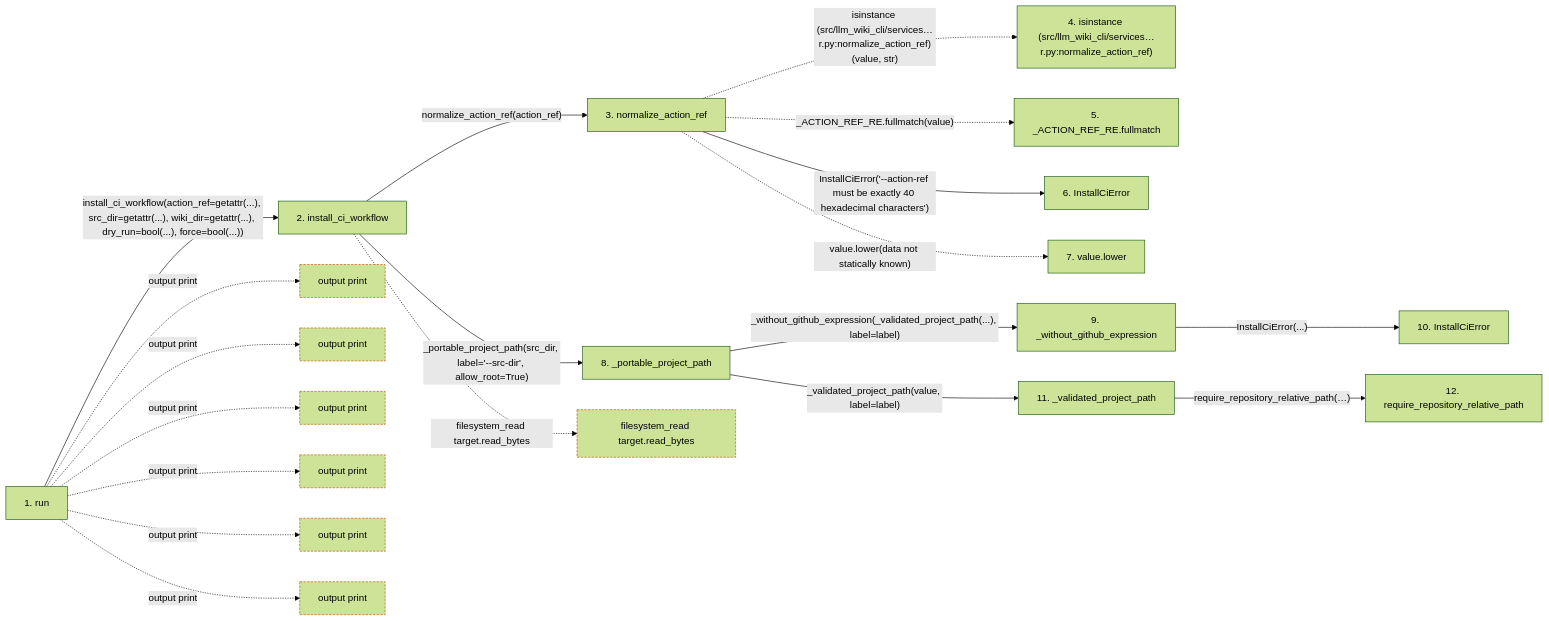
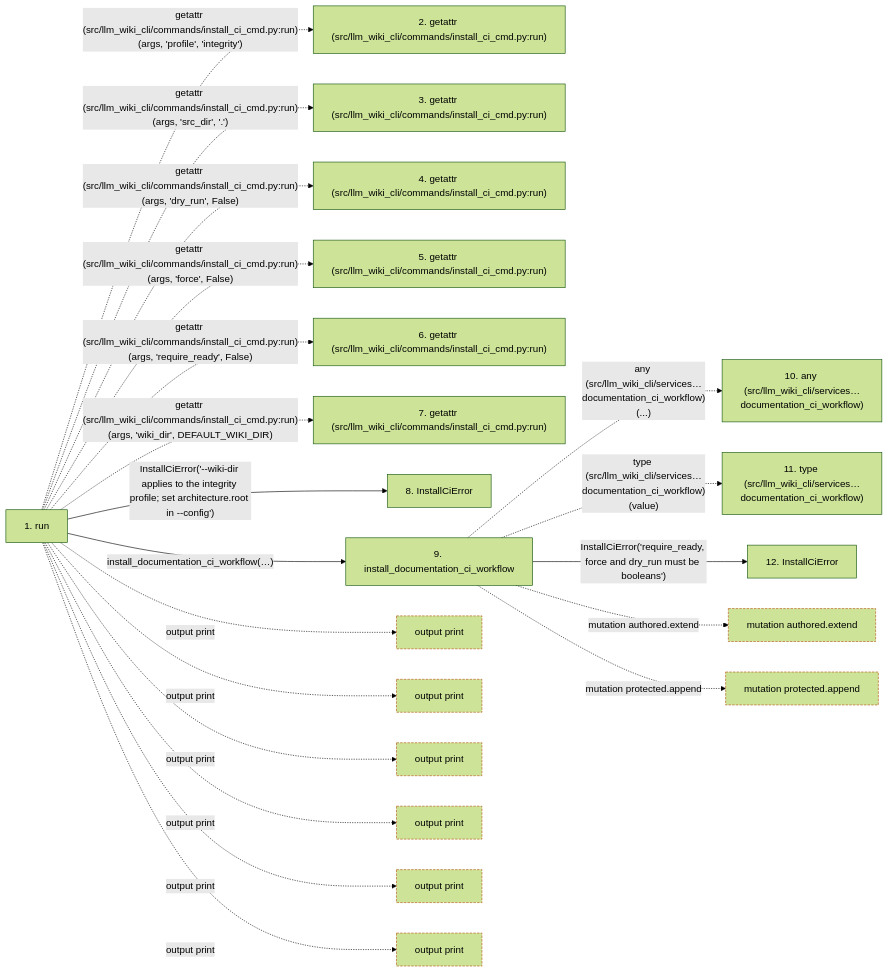
The second of 2 diagrams in docs/llm_wiki/flows/api-run-install_ci_cmd.md (Denissvgn/python-wiki-llm), drawn with Mermaid (forest theme) before and after one commit. The commit also changed other lines of this file and 369 other files, not shown here.

Commit message:
feat: install a read-only GitHub wiki candidate workflow

````diff
--- a/docs/llm_wiki/flows/api-run-install_ci_cmd.md
+++ b/docs/llm_wiki/flows/api-run-install_ci_cmd.md
@@ -148,57 +151,55 @@
 ```mermaid
 flowchart LR
     s1["1. run"]
-    s2["2. install_ci_workflow"]
-    s3["3. normalize_action_ref"]
-    s4["4. isinstance (src/llm_wiki_cli/services…r.py:normalize_action_ref)"]
-    s5["5. _ACTION_REF_RE.fullmatch"]
-    s6["6. InstallCiError"]
-    s7["7. value.lower"]
-    s8["8. _portable_project_path"]
-    s9["9. _without_github_expression"]
-    s10["10. InstallCiError"]
-    s11["11. _validated_project_path"]
-    s12["12. require_repository_relative_path"]
-    s1 -->|"install_ci_workflow(action_ref=getattr(...), src_dir=getattr(...), wiki_dir=getattr(...), dry_run=bool(...), force=bool(...))"| s2
-    s2 -->|"normalize_action_ref(action_ref)"| s3
-    s3 -. "isinstance (src/llm_wiki_cli/services…r.py:normalize_action_ref)(value, str)" .-> s4
-    s3 -. "_ACTION_REF_RE.fullmatch(value)" .-> s5
-    s3 -->|"InstallCiError('--action-ref must be exactly 40 hexadecimal characters')"| s6
-    s3 -. "value.lower(data not statically known)" .-> s7
-    s2 -->|"_portable_project_path(src_dir, label='--src-dir', allow_root=True)"| s8
-    s8 -->|"_without_github_expression(_validated_project_path(...), label=label)"| s9
-    s9 -->|"InstallCiError(...)"| s10
-    s8 -->|"_validated_project_path(value, label=label)"| s11
-    s11 -->|"require_repository_relative_path(…)"| s12
+    s2["2. getattr (src/llm_wiki_cli/commands/install_ci_cmd.py:run)"]
+    s3["3. getattr (src/llm_wiki_cli/commands/install_ci_cmd.py:run)"]
+    s4["4. getattr (src/llm_wiki_cli/commands/install_ci_cmd.py:run)"]
+    s5["5. getattr (src/llm_wiki_cli/commands/install_ci_cmd.py:run)"]
+    s6["6. getattr (src/llm_wiki_cli/commands/install_ci_cmd.py:run)"]
+    s7["7. getattr (src/llm_wiki_cli/commands/install_ci_cmd.py:run)"]
+    s8["8. InstallCiError"]
+    s9["9. install_documentation_ci_workflow"]
+    s10["10. any (src/llm_wiki_cli/services…documentation_ci_workflow)"]
+    s11["11. type (src/llm_wiki_cli/services…documentation_ci_workflow)"]
+    s12["12. InstallCiError"]
+    s1 -. "getattr (src/llm_wiki_cli/commands/install_ci_cmd.py:run)(args, 'profile', 'integrity')" .-> s2
+    s1 -. "getattr (src/llm_wiki_cli/commands/install_ci_cmd.py:run)(args, 'src_dir', '.')" .-> s3
+    s1 -. "getattr (src/llm_wiki_cli/commands/install_ci_cmd.py:run)(args, 'dry_run', False)" .-> s4
+    s1 -. "getattr (src/llm_wiki_cli/commands/install_ci_cmd.py:run)(args, 'force', False)" .-> s5
+    s1 -. "getattr (src/llm_wiki_cli/commands/install_ci_cmd.py:run)(args, 'require_ready', False)" .-> s6
+    s1 -. "getattr (src/llm_wiki_cli/commands/install_ci_cmd.py:run)(args, 'wiki_dir', DEFAULT_WIKI_DIR)" .-> s7
+    s1 -->|"InstallCiError('--wiki-dir applies to the integrity profile; set architecture.root in --config')"| s8
+    s1 -->|"install_documentation_ci_workflow(…)"| s9
+    s9 -. "any (src/llm_wiki_cli/services…documentation_ci_workflow)(...)" .-> s10
+    s9 -. "type (src/llm_wiki_cli/services…documentation_ci_workflow)(value)" .-> s11
+    s9 -->|"InstallCiError('require_ready, force and dry_run must be booleans')"| s12
     b0["output print"]
     s1 -. "output print" .-> b0
     b1["output print"]
     s1 -. "output print" .-> b1
     b2["output print"]
     s1 -. "output print" .-> b2
     b3["output print"]
     s1 -. "output print" .-> b3
     b4["output print"]
     s1 -. "output print" .-> b4
     b5["output print"]
     s1 -. "output print" .-> b5
-    b6["filesystem_read target.read_bytes"]
-    s2 -. "filesystem_read target.read_bytes" .-> b6
+    b6["mutation authored.extend"]
+    s9 -. "mutation authored.extend" .-> b6
+    b7["mutation protected.append"]
+    s9 -. "mutation protected.append" .-> b7
     click s1 "../modules/install_ci_cmd.md"
-    click s2 "../modules/ci_installer.md"
-    click s3 "../modules/ci_installer.md"
-    click s6 "../modules/ci_installer.md"
     click s8 "../modules/ci_installer.md"
     click s9 "../modules/ci_installer.md"
-    click s10 "../modules/ci_installer.md"
-    click s11 "../modules/ci_installer.md"
-    click s12 "../modules/validation.md"
+    click s12 "../modules/ci_installer.md"
     classDef boundary stroke:#b45309,stroke-dasharray: 4 2
     class b0 boundary
     class b1 boundary
     class b2 boundary
     class b3 boundary
     class b4 boundary
     class b5 boundary
     class b6 boundary
+    class b7 boundary
 ```
````
